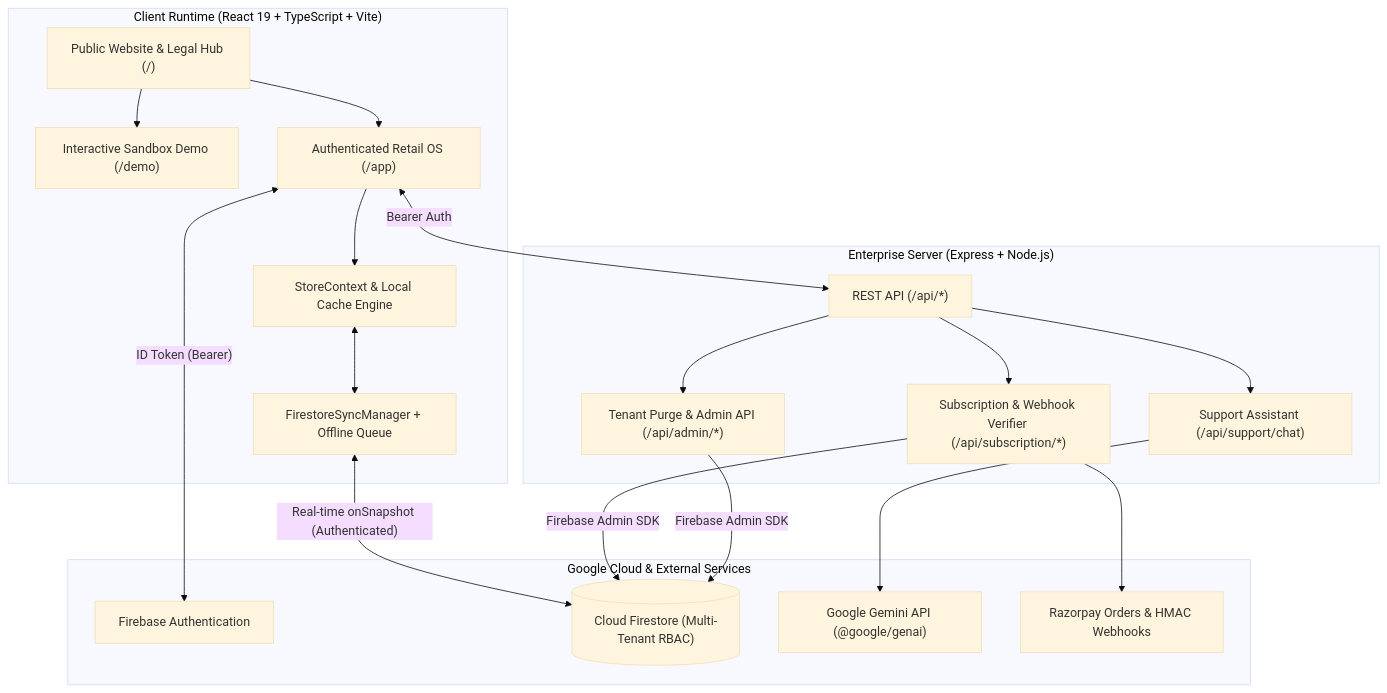
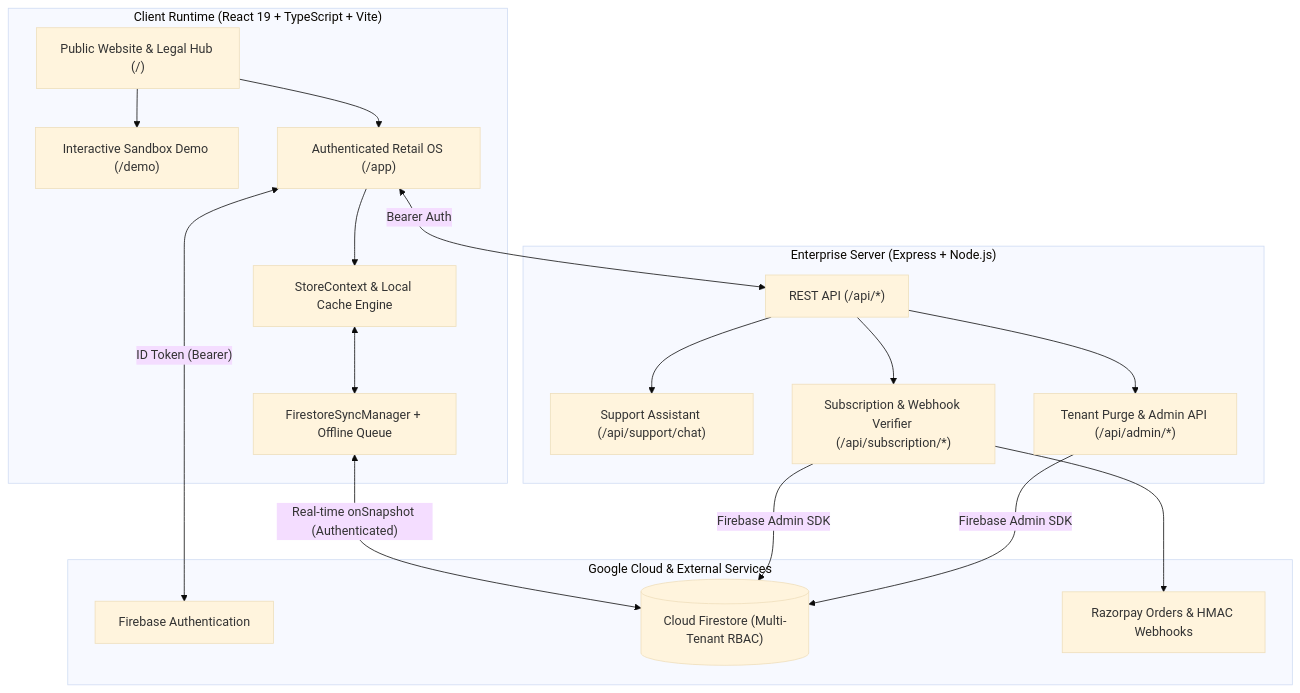
The diagram in README.md (joshiakash1712-dev/Ellix-Connect), drawn with Mermaid (base theme) before and after one commit. The commit also changed other lines of this file and 8 other files, not shown here.

````diff
--- a/README.md
+++ b/README.md
@@ -55,36 +55,35 @@
 ```mermaid
 graph TD
     subgraph Client ["Client Runtime (React 19 + TypeScript + Vite)"]
         Landing["Public Website & Legal Hub (/)"]
         Demo["Interactive Sandbox Demo (/demo)"]
         AppUI["Authenticated Retail OS (/app)"]
         StoreCtx["StoreContext & Local Cache Engine"]
         SyncMgr["FirestoreSyncManager + Offline Queue"]
     end
 
     subgraph Backend ["Enterprise Server (Express + Node.js)"]
         API["REST API (/api/*)"]
         SupportAI["Support Assistant (/api/support/chat)"]
         SubGateway["Subscription & Webhook Verifier (/api/subscription/*)"]
         AdminAPI["Tenant Purge & Admin API (/api/admin/*)"]
     end
 
     subgraph Cloud ["Google Cloud & External Services"]
         FBAuth["Firebase Authentication"]
         Firestore[("Cloud Firestore (Multi-Tenant RBAC)")]
-        Gemini["Google Gemini API (@google/genai)"]
         Razorpay["Razorpay Orders & HMAC Webhooks"]
     end
 
     Landing --> AppUI
     Landing --> Demo
     AppUI --> StoreCtx
     StoreCtx <--> SyncMgr
     SyncMgr <-->|"Real-time onSnapshot (Authenticated)"| Firestore
     AppUI <-->|"ID Token (Bearer)"| FBAuth
     AppUI <-->|"Bearer Auth"| API
-    API --> SupportAI --> Gemini
+    API --> SupportAI
     API --> SubGateway --> Razorpay
     SubGateway -->|"Firebase Admin SDK"| Firestore
     API --> AdminAPI -->|"Firebase Admin SDK"| Firestore
 ```
````
